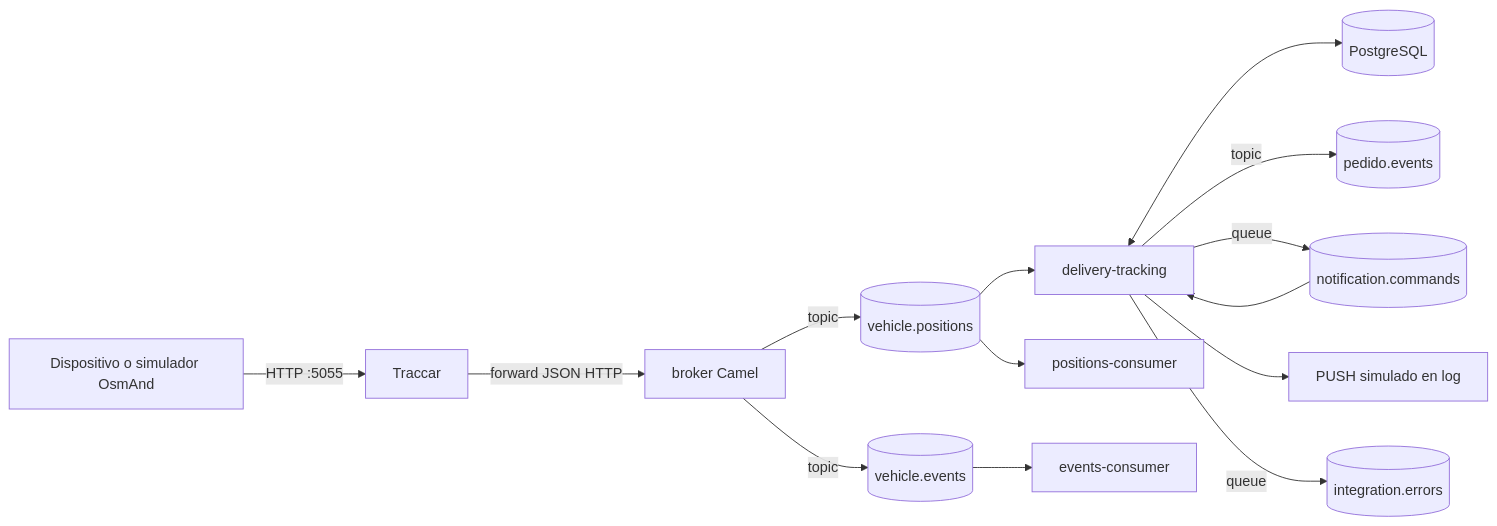
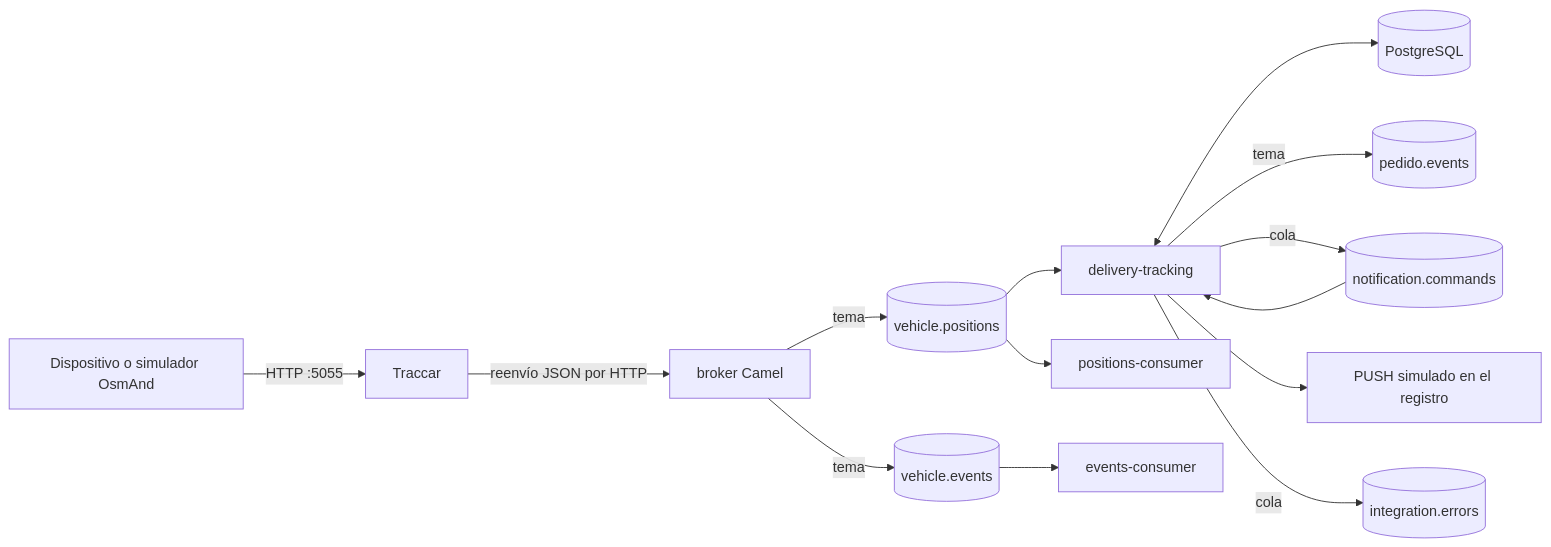
One commit to PauliDuarte/traccar-fleet-integration changed the first of 2 diagrams in README.md. Above: the diagram before and after it, drawn with Mermaid. The commit also changed other lines of this file and 1 other file, not shown here.

````diff
--- a/README.md
+++ b/README.md
@@ -33,16 +44,16 @@
 ```mermaid
 flowchart LR
     GPS[Dispositivo o simulador OsmAnd] -->|HTTP :5055| T[Traccar]
-    T -->|forward JSON HTTP| B[broker Camel]
-    B -->|topic| VP[(vehicle.positions)]
-    B -->|topic| VE[(vehicle.events)]
+    T -->|reenvío JSON por HTTP| B[broker Camel]
+    B -->|tema| VP[(vehicle.positions)]
+    B -->|tema| VE[(vehicle.events)]
     VP --> DT[delivery-tracking]
     VP --> PC[positions-consumer]
     VE --> EC[events-consumer]
     DT <--> PG[(PostgreSQL)]
-    DT -->|topic| PE[(pedido.events)]
-    DT -->|queue| NC[(notification.commands)]
+    DT -->|tema| PE[(pedido.events)]
+    DT -->|cola| NC[(notification.commands)]
     NC --> DT
-    DT --> PUSH[PUSH simulado en log]
-    DT -->|queue| IE[(integration.errors)]
+    DT --> PUSH[PUSH simulado en el registro]
+    DT -->|cola| IE[(integration.errors)]
 ```
````
